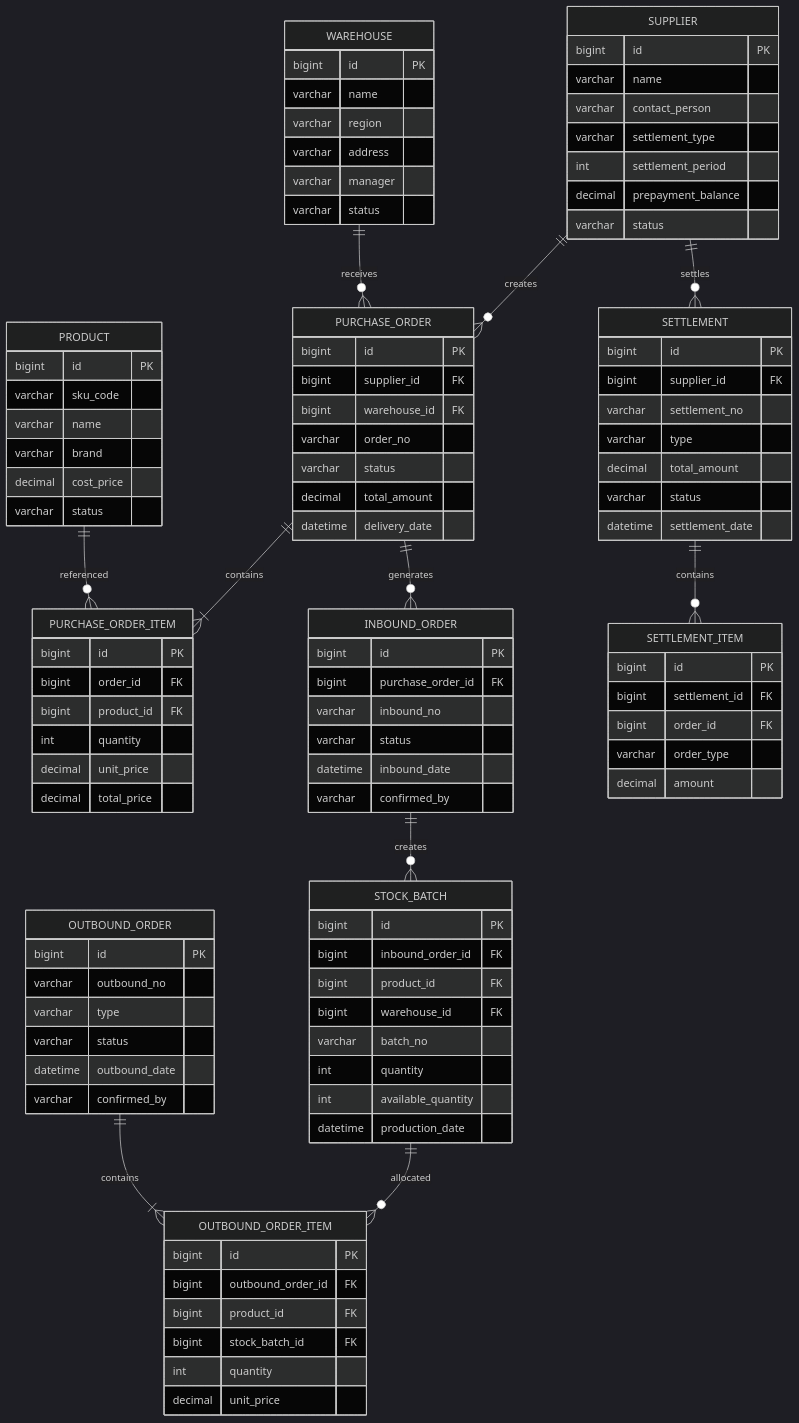
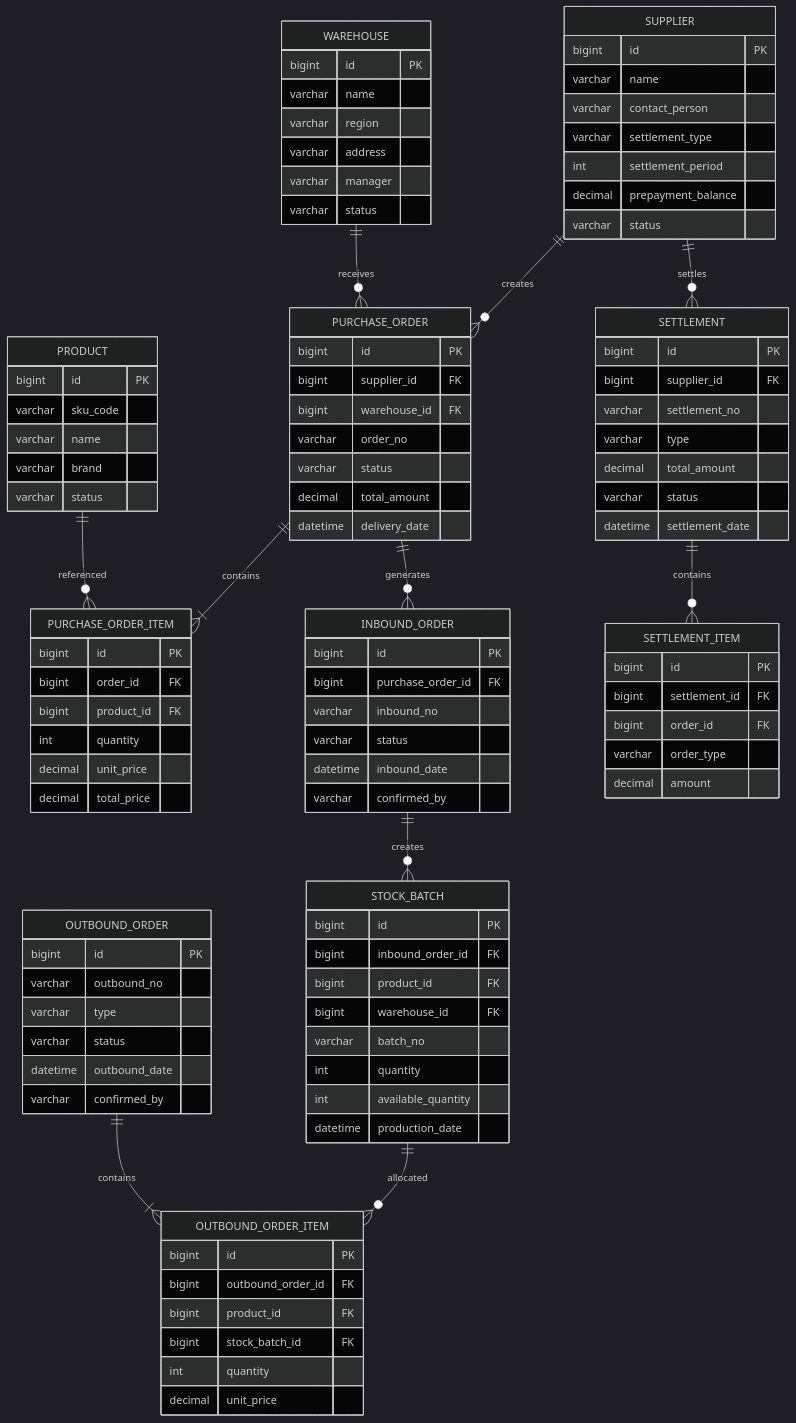
The third of 4 diagrams in docs/Technical_Architecture.md (hbmjsupya/supplypro), drawn with Mermaid (dark theme) before and after one commit. The commit also changed other lines of this file and 350 other files, not shown here.

```diff
--- a/docs/Technical_Architecture.md
+++ b/docs/Technical_Architecture.md
@@ -231,7 +232,6 @@
         varchar sku_code
         varchar name
         varchar brand
-        decimal cost_price
         varchar status
     }
     
```
